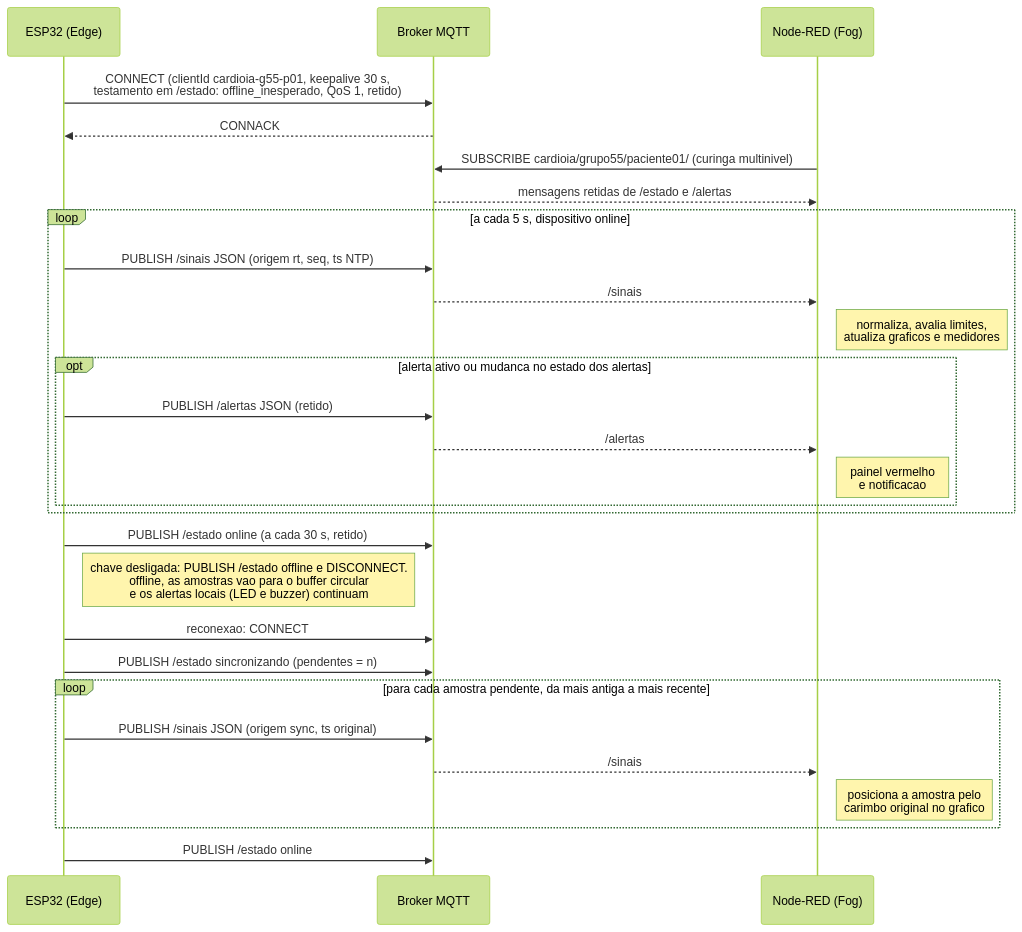
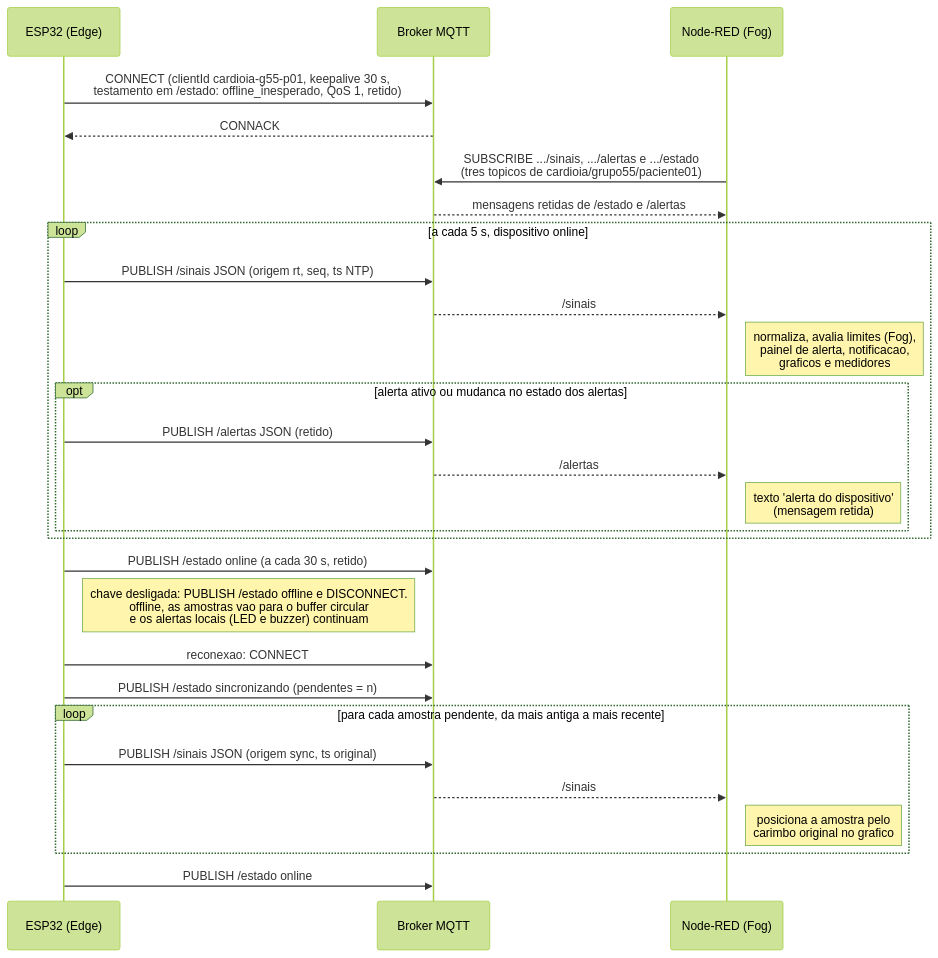
Before and after one commit to silvioguerreiro/FIAP_2TIAOR_2026_Ano2_Fase3: the diagram in scripts/fig_p2_sequencia_mqtt.mmd, drawn with Mermaid (forest theme). The commit also changed 29 other files, not shown here.

```diff
--- a/scripts/fig_p2_sequencia_mqtt.mmd
+++ b/scripts/fig_p2_sequencia_mqtt.mmd
@@ -1,28 +1,28 @@
 sequenceDiagram
   participant E as ESP32 (Edge)
   participant B as Broker MQTT
   participant N as Node-RED (Fog)
   E->>B: CONNECT (clientId cardioia-g55-p01, keepalive 30 s,<br/>testamento em /estado: offline_inesperado, QoS 1, retido)
   B-->>E: CONNACK
-  N->>B: SUBSCRIBE cardioia/grupo55/paciente01/ (curinga multinivel)
+  N->>B: SUBSCRIBE .../sinais, .../alertas e .../estado<br/>(tres topicos de cardioia/grupo55/paciente01)
   B-->>N: mensagens retidas de /estado e /alertas
   loop a cada 5 s, dispositivo online
     E->>B: PUBLISH /sinais JSON (origem rt, seq, ts NTP)
     B-->>N: /sinais
-    Note right of N: normaliza, avalia limites,<br/>atualiza graficos e medidores
+    Note right of N: normaliza, avalia limites (Fog),<br/>painel de alerta, notificacao,<br/>graficos e medidores
     opt alerta ativo ou mudanca no estado dos alertas
       E->>B: PUBLISH /alertas JSON (retido)
       B-->>N: /alertas
-      Note right of N: painel vermelho<br/>e notificacao
+      Note right of N: texto 'alerta do dispositivo'<br/>(mensagem retida)
     end
   end
   E->>B: PUBLISH /estado online (a cada 30 s, retido)
   Note right of E: chave desligada: PUBLISH /estado offline e DISCONNECT.<br/>offline, as amostras vao para o buffer circular<br/>e os alertas locais (LED e buzzer) continuam
   E->>B: reconexao: CONNECT
   E->>B: PUBLISH /estado sincronizando (pendentes = n)
   loop para cada amostra pendente, da mais antiga a mais recente
     E->>B: PUBLISH /sinais JSON (origem sync, ts original)
     B-->>N: /sinais
     Note right of N: posiciona a amostra pelo<br/>carimbo original no grafico
   end
   E->>B: PUBLISH /estado online
```
